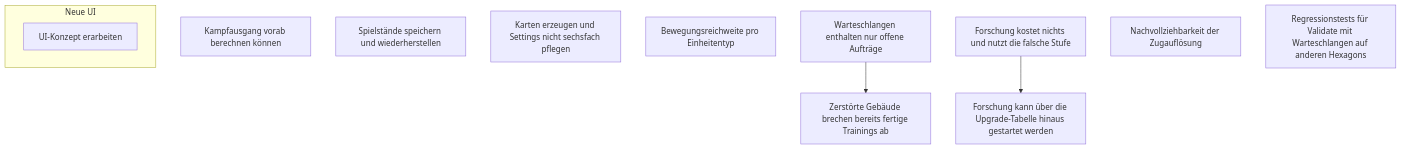
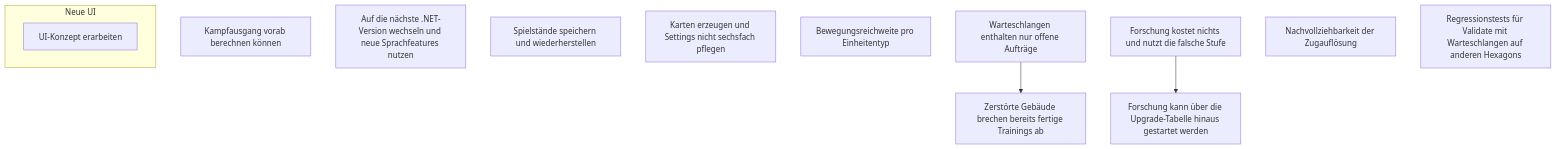
Before and after one commit to jasdefer/Simulturn: the diagram in views/dependencies.md, drawn with Mermaid. The commit also changed 3 other files, not shown here.

Commit message:
Add work item for the .NET upgrade and union types

````diff
--- a/views/dependencies.md
+++ b/views/dependencies.md
@@ -5,18 +5,19 @@
 ```mermaid
 flowchart TD
     combat-forecast-core["Kampfausgang vorab berechnen können"]
+    dotnet-upgrade-and-union-types["Auf die nächste .NET-Version wechseln und neue Sprachfeatures nutzen"]
     game-persistence["Spielstände speichern und wiederherstellen"]
     map-generator-and-default-settings["Karten erzeugen und Settings nicht sechsfach pflegen"]
     movement-range["Bewegungsreichweite pro Einheitentyp"]
     pending-only-queues["Warteschlangen enthalten nur offene Aufträge"]
     research-cost-and-duration["Forschung kostet nichts und nutzt die falsche Stufe"]
     research-level-validation["Forschung kann über die Upgrade-Tabelle hinaus gestartet werden"]
     training-cancellation-after-completion["Zerstörte Gebäude brechen bereits fertige Trainings ab"]
     turn-report["Nachvollziehbarkeit der Zugauflösung"]
     subgraph ui ["Neue UI"]
         ui-concept["UI-Konzept erarbeiten"]
     end
     validate-regression-tests["Regressionstests für Validate mit Warteschlangen auf anderen Hexagons"]
     pending-only-queues --> training-cancellation-after-completion
     research-cost-and-duration --> research-level-validation
 ```
````
